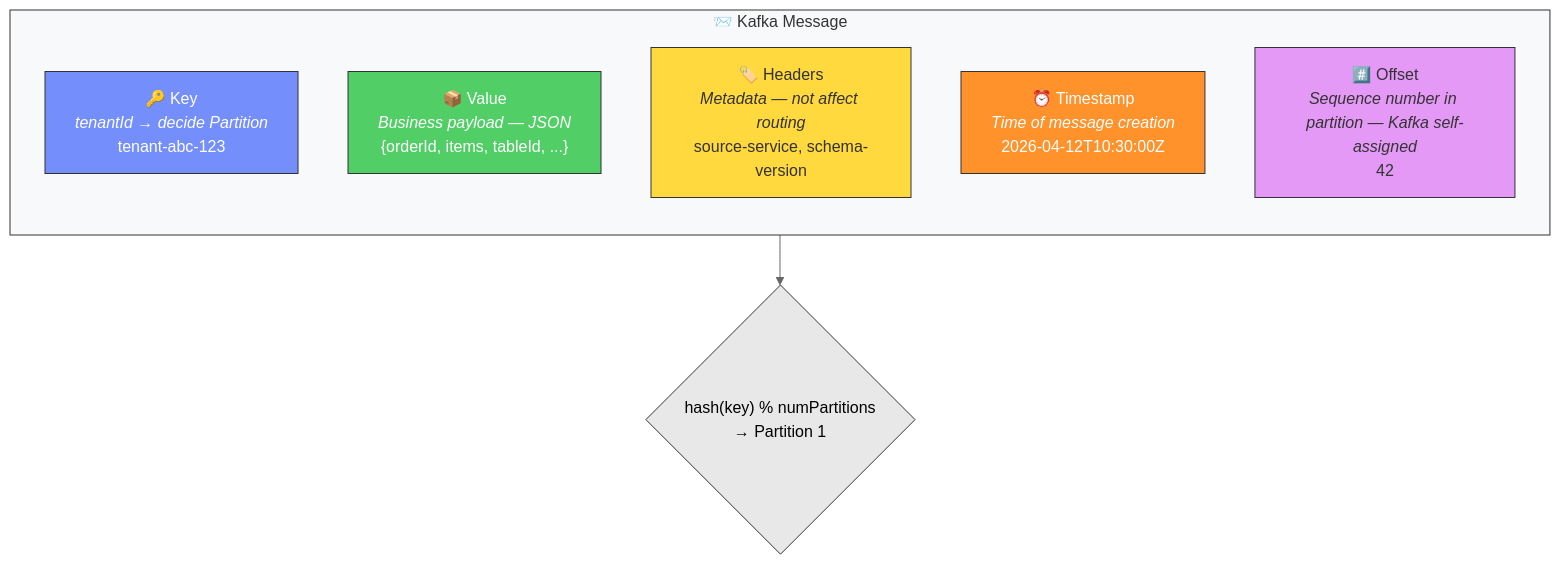
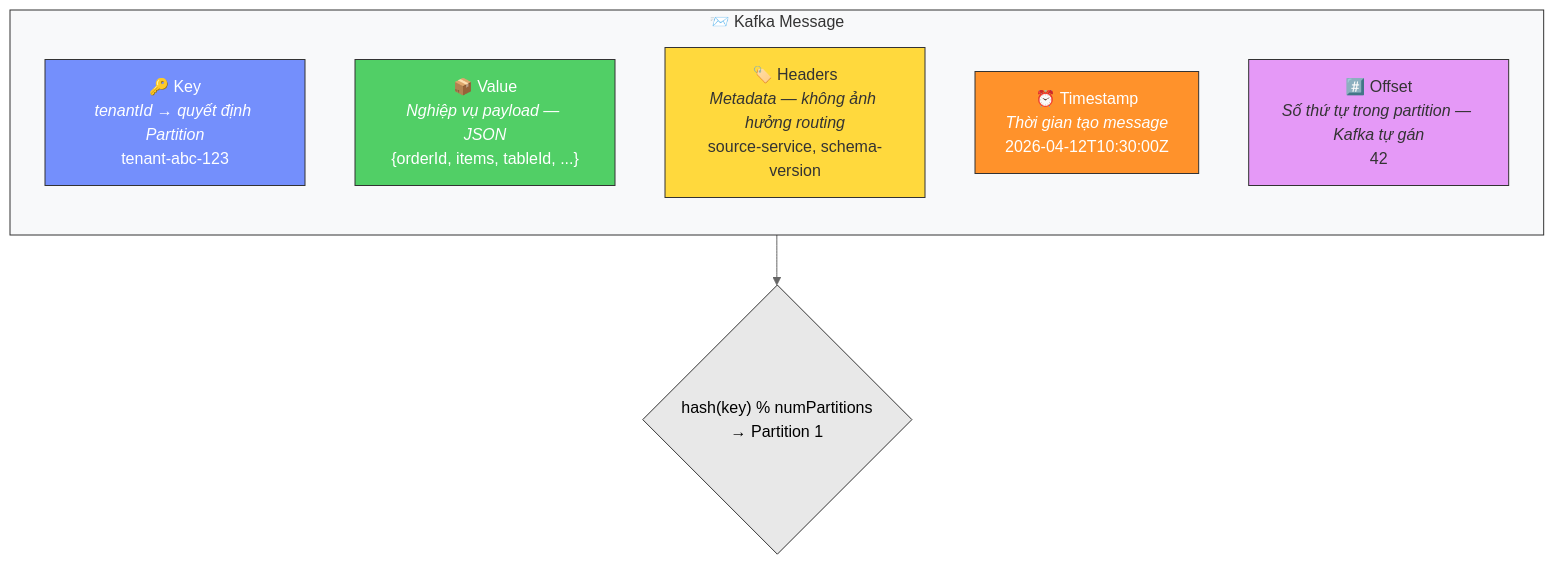
The eighth of 38 diagrams in docs/guides/kafka-qrtable.md (quan-vo-dinh/saas-pos-microservices-qrtable), drawn with Mermaid (neutral theme) before and after one commit. The commit also changed other lines of this file and 62 other files, not shown here.

````diff
--- a/docs/guides/kafka-qrtable.md
+++ b/docs/guides/kafka-qrtable.md
@@ -340,21 +339,21 @@
 ```mermaid
 graph TB
     subgraph MSG["📨 Kafka Message"]
         direction TB
-KEY["🔑 Key<br/><i>tenantId → decide Partition</i><br/>tenant-abc-123"]
-        VALUE["📦 Value<br/><i>Business payload — JSON</i><br/>{orderId, items, tableId, ...}"]
-HEADERS["🏷️ Headers<br/><i>Metadata — not affect routing</i><br/>source-service, schema-version"]
-TIMESTAMP["⏰ Timestamp<br/><i>Time of message creation</i><br/>2026-04-12T10:30:00Z"]
-OFFSET["#️⃣ Offset<br/><i>Sequence number in partition — Kafka self-assigned</i><br/>42"]
+KEY["🔑 Key<br/><i>tenantId → quyết định Partition</i><br/>tenant-abc-123"]
+        VALUE["📦 Value<br/><i>Nghiệp vụ payload — JSON</i><br/>{orderId, items, tableId, ...}"]
+HEADERS["🏷️ Headers<br/><i>Metadata — không ảnh hưởng routing</i><br/>source-service, schema-version"]
+TIMESTAMP["⏰ Timestamp<br/><i>Thời gian tạo message</i><br/>2026-04-12T10:30:00Z"]
+OFFSET["#️⃣ Offset<br/><i>Số thứ tự trong partition — Kafka tự gán</i><br/>42"]
     end
 
     KEY --> PART{"hash(key) % numPartitions<br/>→ Partition 1"}
 
     style MSG fill:#f8f9fa,stroke:#333
     style KEY fill:#748ffc,stroke:#333,color:#fff
     style VALUE fill:#51cf66,stroke:#333,color:#fff
     style HEADERS fill:#ffd93d,stroke:#333,color:#333
     style TIMESTAMP fill:#ff922b,stroke:#333,color:#fff
     style OFFSET fill:#e599f7,stroke:#333,color:#333
     style PART fill:#e8e8e8,stroke:#333
 ```
````
